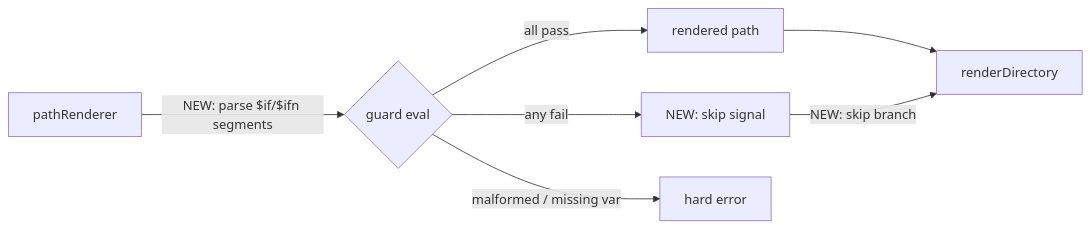
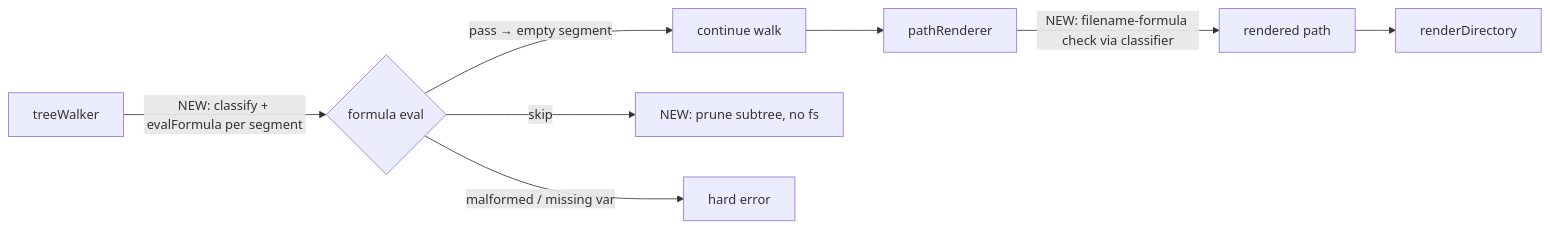
The first of 2 diagrams in docs/agents/plan/20260418-richer-inputs.plan.md (nci-gis/js-tmpl), drawn with Mermaid before and after one commit. The commit also changed other lines of this file and 5 other files, not shown here.

````diff
--- a/docs/agents/plan/20260418-richer-inputs.plan.md
+++ b/docs/agents/plan/20260418-richer-inputs.plan.md
@@ -146,9 +165,10 @@
 ```mermaid
 flowchart LR
-  PR[pathRenderer] -->|NEW: parse $if/$ifn segments| Eval{guard eval}
-  Eval -->|all pass| P[rendered path]
-  Eval -->|any fail| Skip[NEW: skip signal]
+  TW[treeWalker] -->|NEW: classify + evalFormula per segment| Eval{formula eval}
+  Eval -->|pass → empty segment| C[continue walk]
+  Eval -->|skip| SX[NEW: prune subtree, no fs]
   Eval -->|malformed / missing var| Err[hard error]
-  P --> RD[renderDirectory]
-  Skip -->|NEW: skip branch| RD
+  C --> PR[pathRenderer]
+  PR -->|NEW: filename-formula check via classifier| RR[rendered path]
+  RR --> RD[renderDirectory]
 ```
````
